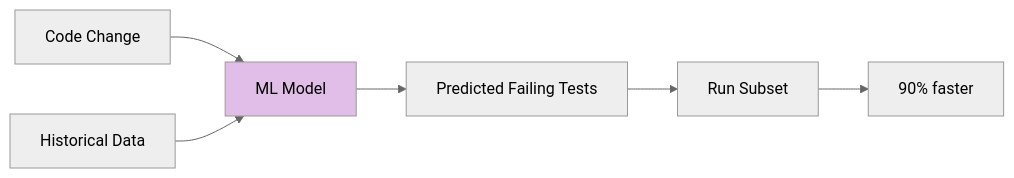
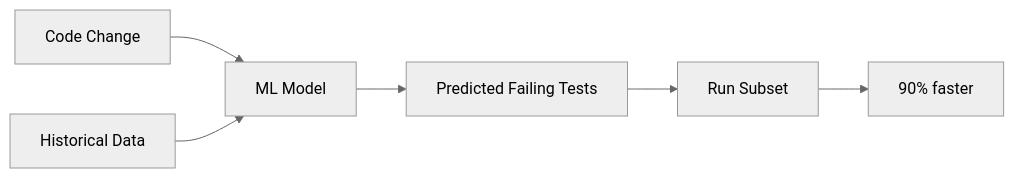
Before and after one commit to shivam-g-mishra/blog: the second of 2 diagrams in docs/cicd/ai-in-cicd.md, drawn with Mermaid. The commit also changed other lines of this file and 23 other files, not shown here.

First line of the commit message:
fix: improve Mermaid diagram visibility in dark mode

````diff
--- a/docs/cicd/ai-in-cicd.md
+++ b/docs/cicd/ai-in-cicd.md
@@ -166,11 +162,9 @@
 ```mermaid
 %%{init: {'theme': 'neutral'}}%%
 flowchart LR
     A[Code Change] --> B[ML Model]
     C[Historical Data] --> B
     B --> D[Predicted Failing Tests]
     D --> E[Run Subset]
     E --> F[90% faster]
-    
-    style B fill:#e1bee7
 ```
````
